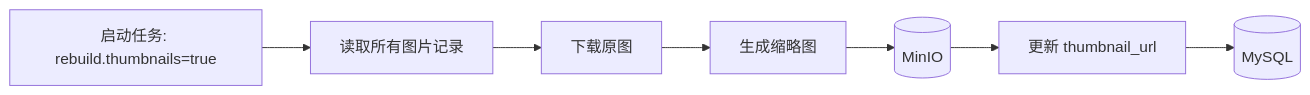
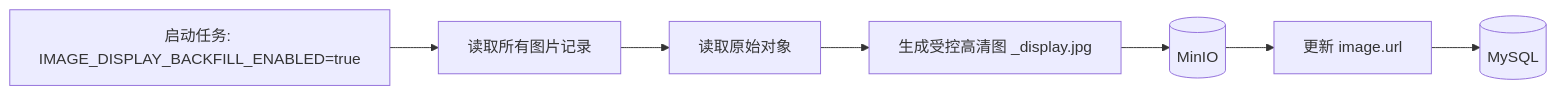
The sixth of 8 diagrams in BUSINESS_FLOWS.md (ldrwhc/bus_gallery), drawn with Mermaid before and after one commit. The commit also changed other lines of this file and 32 other files, not shown here.

````diff
--- a/BUSINESS_FLOWS.md
+++ b/BUSINESS_FLOWS.md
@@ -169,9 +172,9 @@
 ```mermaid
 flowchart LR
-    A[启动任务: rebuild.thumbnails=true] --> B[读取所有图片记录]
-    B --> C[下载原图]
-    C --> D[生成缩略图]
+    A[启动任务: IMAGE_DISPLAY_BACKFILL_ENABLED=true] --> B[读取所有图片记录]
+    B --> C[读取原始对象]
+    C --> D[生成受控高清图 _display.jpg]
     D --> E[(MinIO)]
-    E --> F[更新 thumbnail_url]
+    E --> F[更新 image.url]
     F --> G[(MySQL)]
 ```
````
